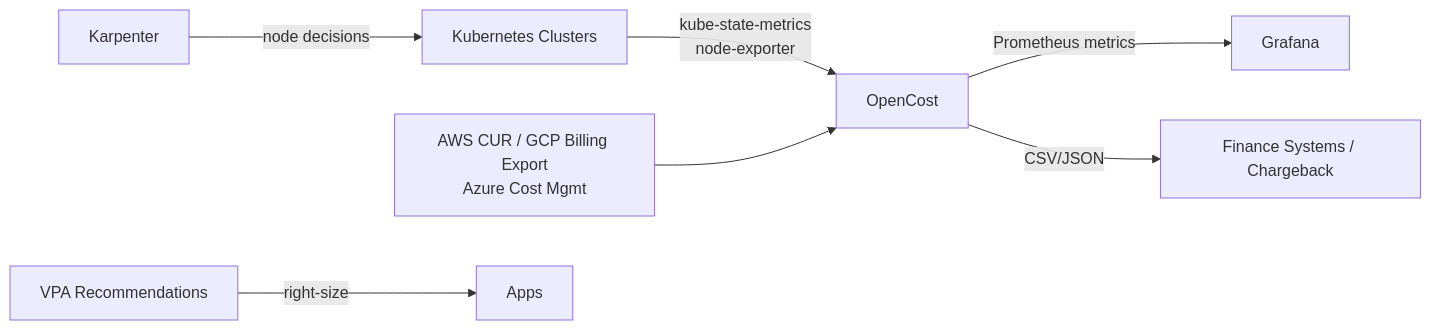
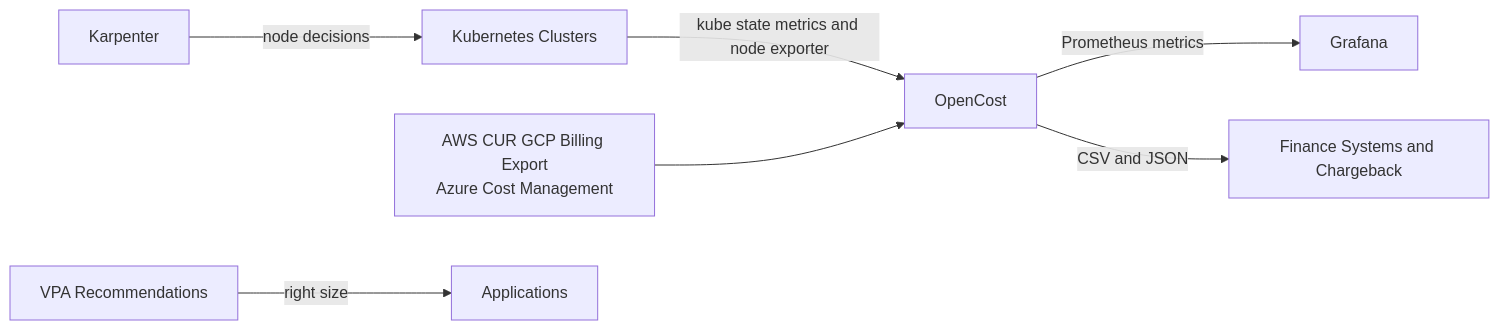
The third of 3 diagrams in ARCHITECTURE.md (serewicz/k8s-platform-blueprint), drawn with Mermaid before and after one commit. The commit also changed other lines of this file and 6 other files, not shown here.

Commit message:
Fix Mermaid diagram rendering

````diff
--- a/ARCHITECTURE.md
+++ b/ARCHITECTURE.md
@@ -336,9 +345,9 @@
 ```mermaid
 flowchart LR
-    K8s[Kubernetes Clusters] -->|kube-state-metrics<br/>node-exporter| OC[OpenCost]
-    Cloud[AWS CUR / GCP Billing Export<br/>Azure Cost Mgmt] --> OC
-    OC -->|Prometheus metrics| Grafana
-    OC -->|CSV/JSON| Finance[Finance Systems / Chargeback]
-    Karpenter[Karpenter] -->|node decisions| K8s
-    VPA[VPA Recommendations] -->|right-size| Apps
+    K8s["Kubernetes Clusters"] -->|"kube state metrics and node exporter"| OC["OpenCost"]
+    Cloud["AWS CUR GCP Billing Export<br/>Azure Cost Management"] --> OC
+    OC -->|"Prometheus metrics"| Grafana["Grafana"]
+    OC -->|"CSV and JSON"| Finance["Finance Systems and Chargeback"]
+    Karpenter["Karpenter"] -->|"node decisions"| K8s
+    VPA["VPA Recommendations"] -->|"right size"| Apps["Applications"]
 ```
````
